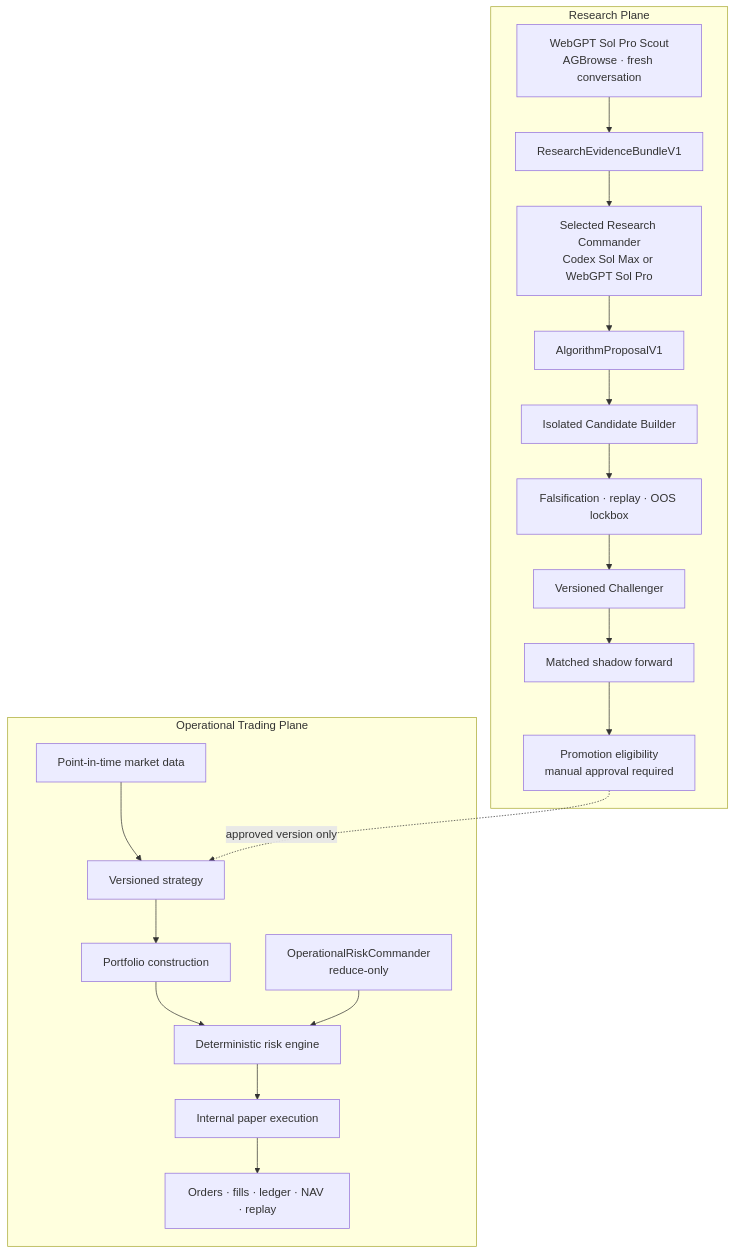
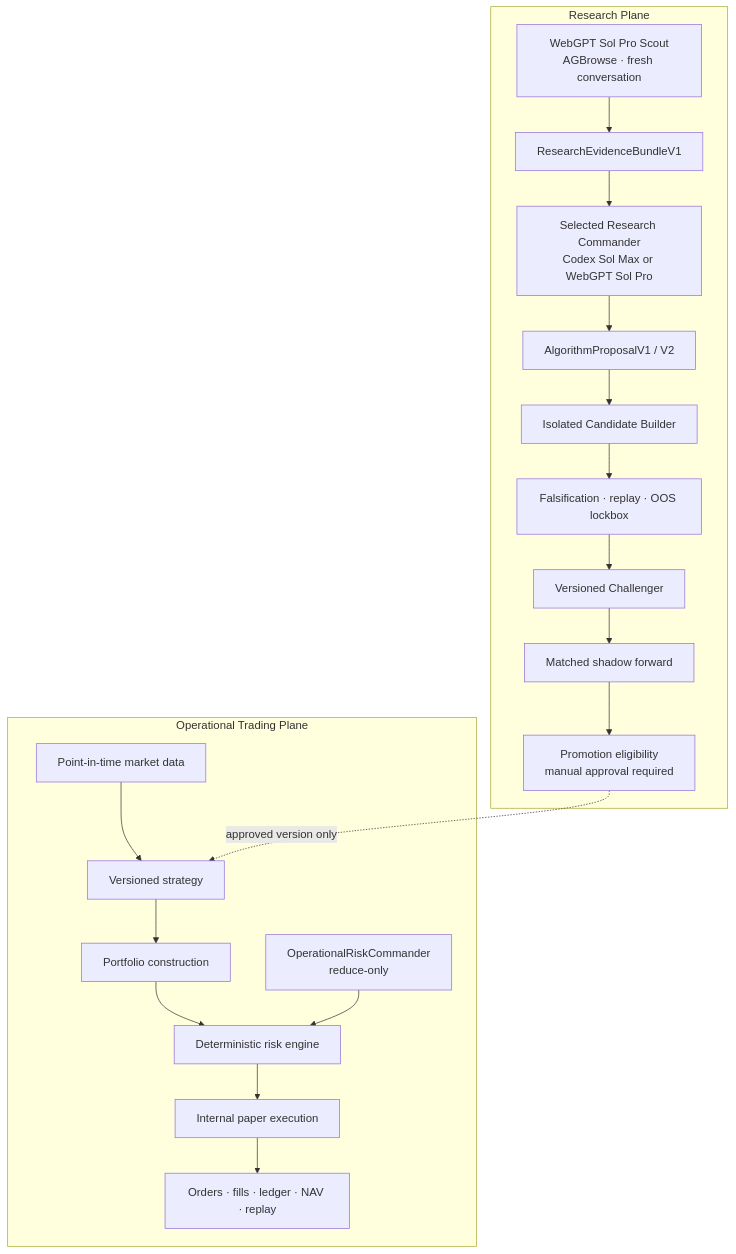
Before and after one commit to story7077/adaptive-llm-quant-public: the diagram in README.md, drawn with Mermaid. The commit also changed other lines of this file and 39 other files, not shown here.

````diff
--- a/README.md
+++ b/README.md
@@ -30,24 +31,24 @@
 ```mermaid
 flowchart TB
     subgraph OP["Operational Trading Plane"]
         MD["Point-in-time market data"] --> ST["Versioned strategy"]
         ST --> PF["Portfolio construction"]
         PF --> RK["Deterministic risk engine"]
         RK --> PB["Internal paper execution"]
         ORC["OperationalRiskCommander<br/>reduce-only"] --> RK
         PB --> JL["Orders · fills · ledger · NAV · replay"]
     end
 
     subgraph RP["Research Plane"]
         WS["WebGPT Sol Pro Scout<br/>AGBrowse · fresh conversation"] --> EB["ResearchEvidenceBundleV1"]
         EB --> RC["Selected Research Commander<br/>Codex Sol Max or WebGPT Sol Pro"]
-        RC --> AP["AlgorithmProposalV1"]
+        RC --> AP["AlgorithmProposalV1 / V2"]
         AP --> CB["Isolated Candidate Builder"]
         CB --> CF["Falsification · replay · OOS lockbox"]
         CF --> CH["Versioned Challenger"]
         CH --> SF["Matched shadow forward"]
         SF --> PE["Promotion eligibility<br/>manual approval required"]
     end
 
     PE -. "approved version only" .-> ST
 ```
````
